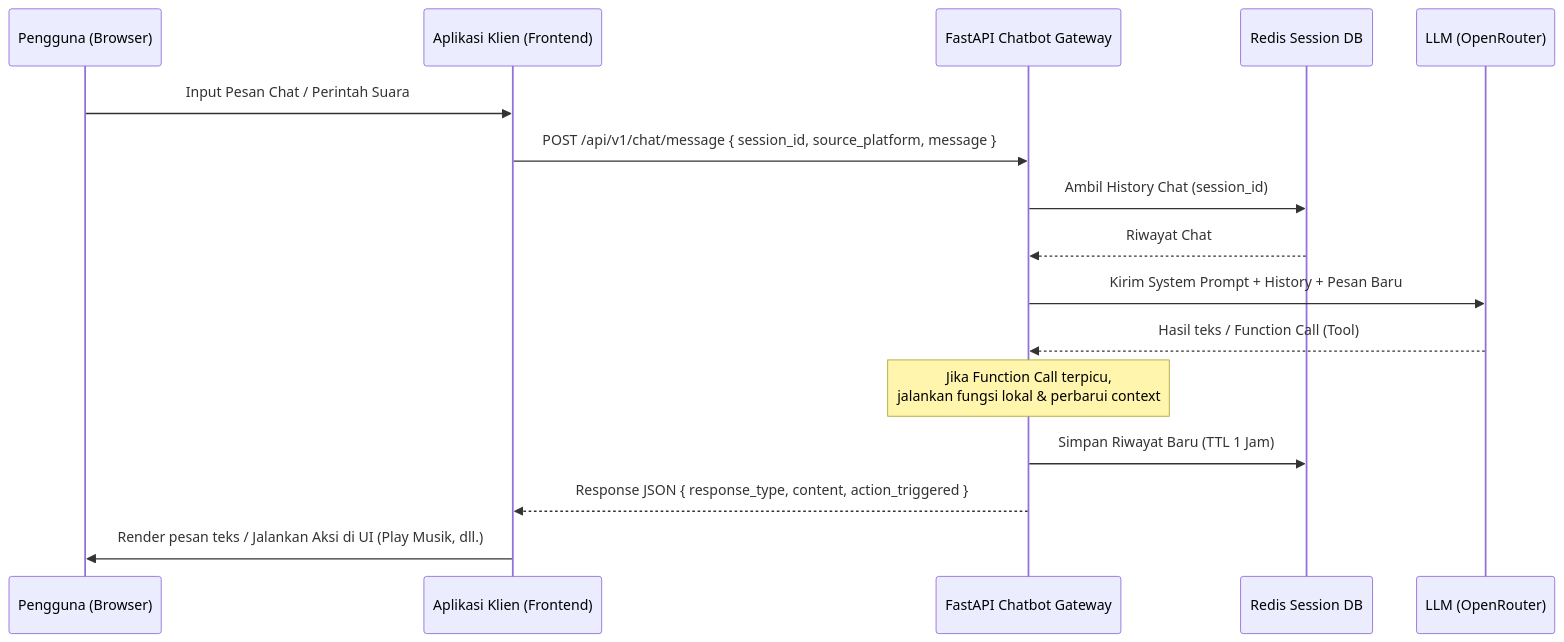
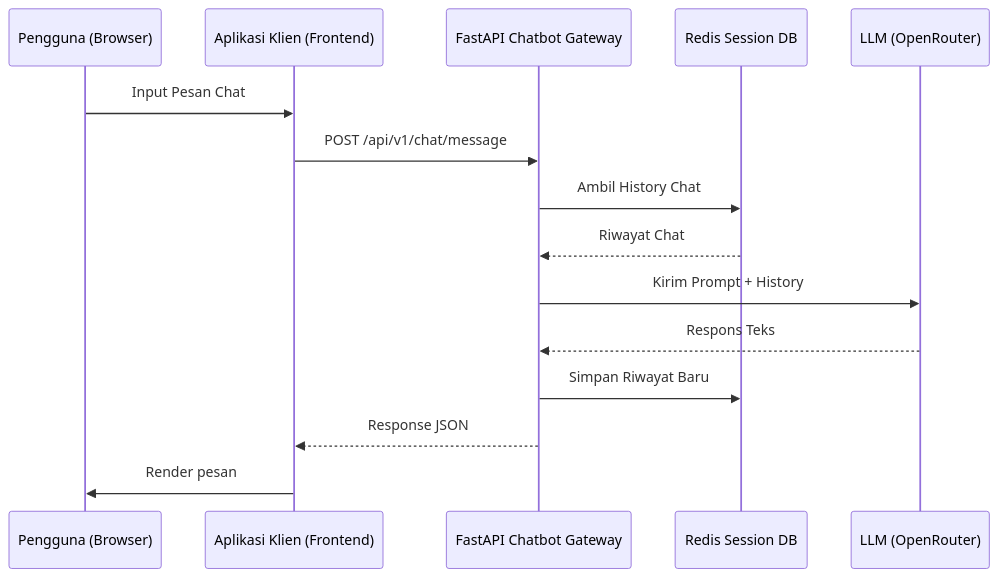
One commit to Apewww/portofolio-tailwind changed the diagram in INTEGRATION.md. Above: the diagram before and after it, drawn with Mermaid. The commit also changed other lines of this file and 7 other files, not shown here.

````diff
--- a/INTEGRATION.md
+++ b/INTEGRATION.md
@@ -9,19 +9,18 @@
 ```mermaid
 sequenceDiagram
     participant User as Pengguna (Browser)
     participant Client as Aplikasi Klien (Frontend)
     participant Gateway as FastAPI Chatbot Gateway
     participant Redis as Redis Session DB
-    participant OpenRouter as LLM (OpenRouter)
+    participant LLM as LLM (OpenRouter)
 
-    User->>Client: Input Pesan Chat / Perintah Suara
-    Client->>Gateway: POST /api/v1/chat/message { session_id, source_platform, message }
-    Gateway->>Redis: Ambil History Chat (session_id)
+    User->>Client: Input Pesan Chat
+    Client->>Gateway: POST /api/v1/chat/message
+    Gateway->>Redis: Ambil History Chat
     Redis-->>Gateway: Riwayat Chat
-    Gateway->>OpenRouter: Kirim System Prompt + History + Pesan Baru
-    OpenRouter-->>Gateway: Hasil teks / Function Call (Tool)
-    Note over Gateway: Jika Function Call terpicu,<br/>jalankan fungsi lokal & perbarui context
-    Gateway->>Redis: Simpan Riwayat Baru (TTL 1 Jam)
-    Gateway-->>Client: Response JSON { response_type, content, action_triggered }
-    Client->>User: Render pesan teks / Jalankan Aksi di UI (Play Musik, dll.)
+    Gateway->>LLM: Kirim Prompt + History
+    LLM-->>Gateway: Respons Teks
+    Gateway->>Redis: Simpan Riwayat Baru
+    Gateway-->>Client: Response JSON
+    Client->>User: Render pesan
 ```
````
